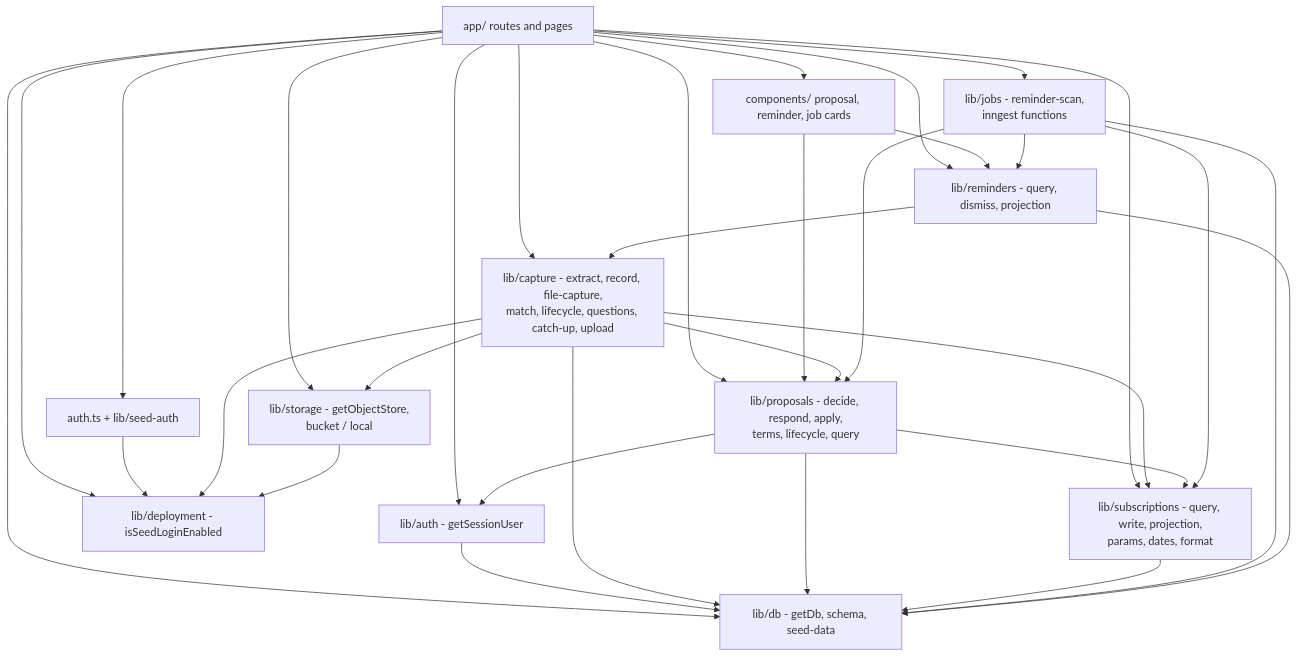
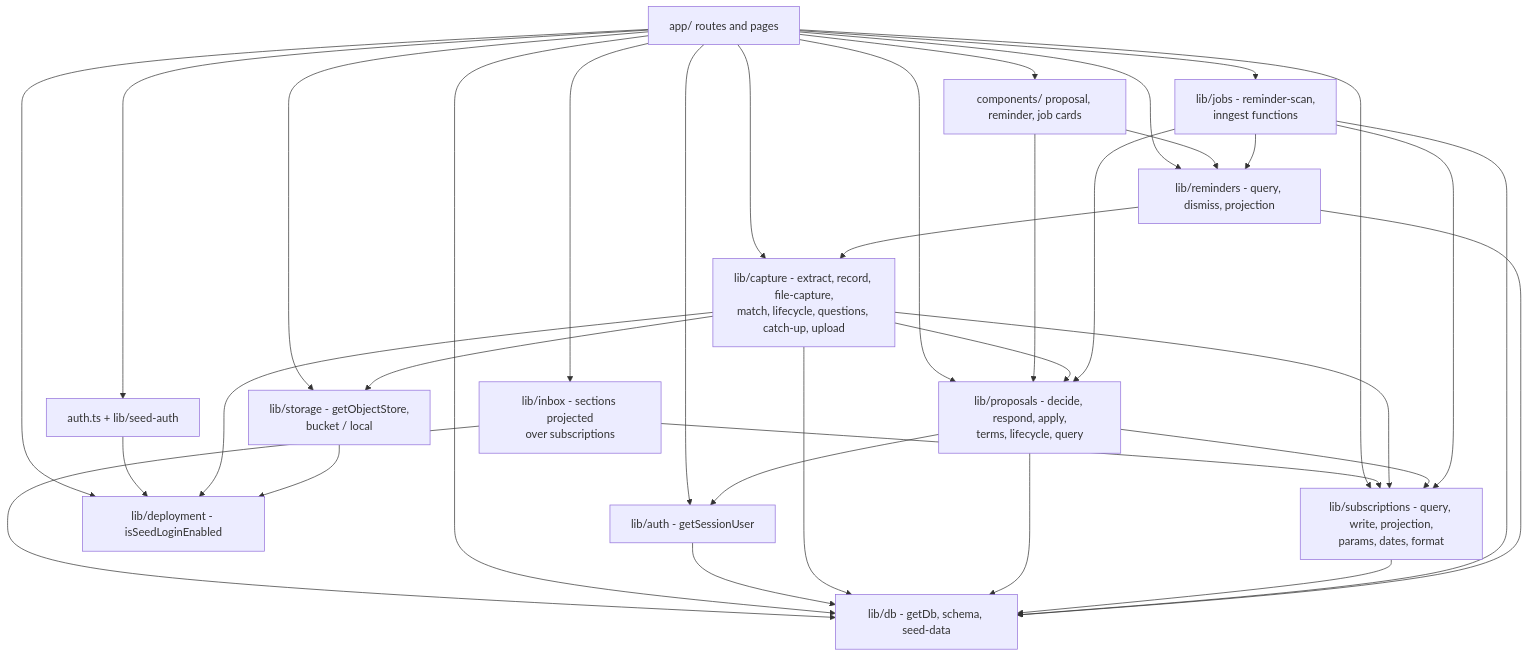
Before and after one commit to bhaveshbusa/subscription-records: the fourth of 4 diagrams in docs/architecture.md, drawn with Mermaid. The commit also changed other lines of this file and 29 other files, not shown here.

Commit message:
SUB-32: Inbox sections projected from the ledger (#35)

````diff
--- a/docs/architecture.md
+++ b/docs/architecture.md
@@ -166,47 +175,51 @@
 ```mermaid
 flowchart TD
   app["app/ routes and pages"]
   components["components/ proposal, reminder, job cards"]
   authmod["lib/auth - getSessionUser"]
   authjs["auth.ts + lib/seed-auth"]
   deployment["lib/deployment - isSeedLoginEnabled"]
   capture["lib/capture - extract, record, file-capture,<br/>match, lifecycle, questions, catch-up, upload"]
   proposalsmod["lib/proposals - decide, respond, apply,<br/>terms, lifecycle, query"]
   subs["lib/subscriptions - query, write, projection,<br/>params, dates, format"]
   storage["lib/storage - getObjectStore,<br/>bucket / local"]
   jobs["lib/jobs - reminder-scan,<br/>inngest functions"]
   remindersmod["lib/reminders - query, dismiss, projection"]
+  inboxmod["lib/inbox - sections projected<br/>over subscriptions"]
   dbmod["lib/db - getDb, schema, seed-data"]
 
   app --> components
   app --> authmod
   app --> authjs
   app --> deployment
   app --> capture
   app --> proposalsmod
   app --> subs
   app --> storage
   app --> jobs
   app --> remindersmod
+  app --> inboxmod
+  inboxmod --> subs
+  inboxmod --> dbmod
   app --> dbmod
   components --> proposalsmod
   components --> remindersmod
   authjs --> deployment
   authmod --> dbmod
   capture --> proposalsmod
   capture --> subs
   capture --> storage
   capture --> deployment
   capture --> dbmod
   proposalsmod --> subs
   proposalsmod --> authmod
   proposalsmod --> dbmod
   subs --> dbmod
   storage --> deployment
   jobs --> proposalsmod
   jobs --> subs
   jobs --> remindersmod
   jobs --> dbmod
   remindersmod --> capture
   remindersmod --> dbmod
 ```
````
